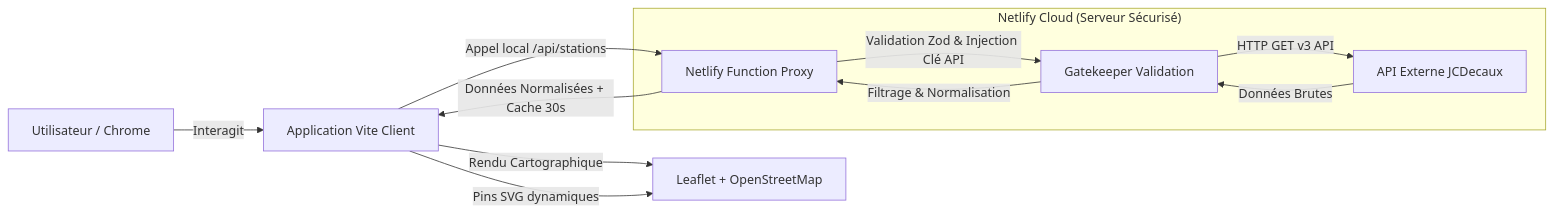
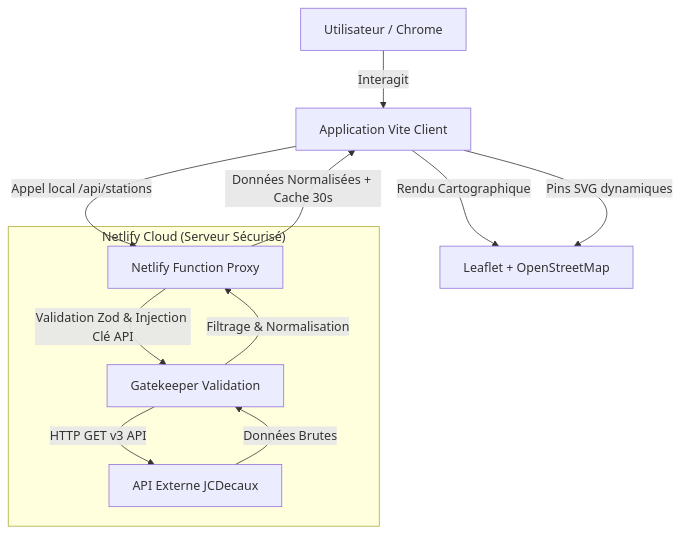
One commit to zyrass/BikeCityVanilla changed the diagram in README.md. Above: the diagram before and after it, drawn with Mermaid. The commit also changed other lines of this file and 7 other files, not shown here.

````diff
--- a/README.md
+++ b/README.md
@@ -35,16 +50,16 @@
 ```mermaid
-flowchart LR
+flowchart TB
     User[Utilisateur / Chrome] -->|Interagit| App[Application Vite Client]
     App -->|Rendu Cartographique| Map[Leaflet + OpenStreetMap]
     App -->|Appel local /api/stations| Proxy[Netlify Function Proxy]
     
     subgraph netlify_cloud ["Netlify Cloud (Serveur Sécurisé)"]
         Proxy -->|Validation Zod & Injection Clé API| Sec[Gatekeeper Validation]
         Sec -->|HTTP GET v3 API| JCDecaux[API Externe JCDecaux]
         JCDecaux -->|Données Brutes| Sec
         Sec -->|Filtrage & Normalisation| Proxy
     end
     
     Proxy -->|Données Normalisées + Cache 30s| App
     App -->|Pins SVG dynamiques| Map
 ```
````
